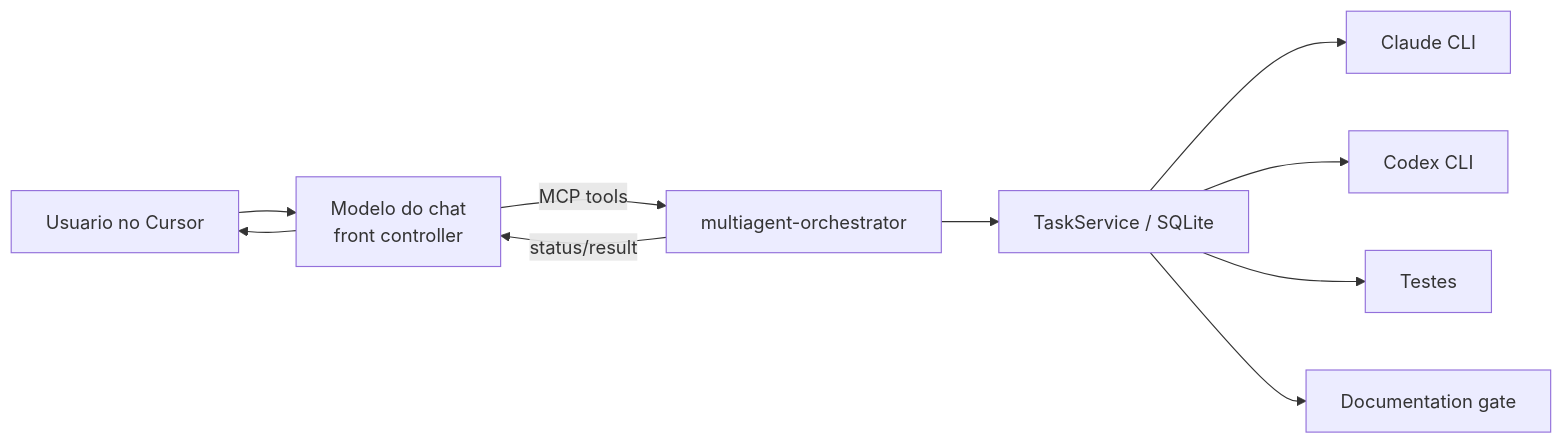
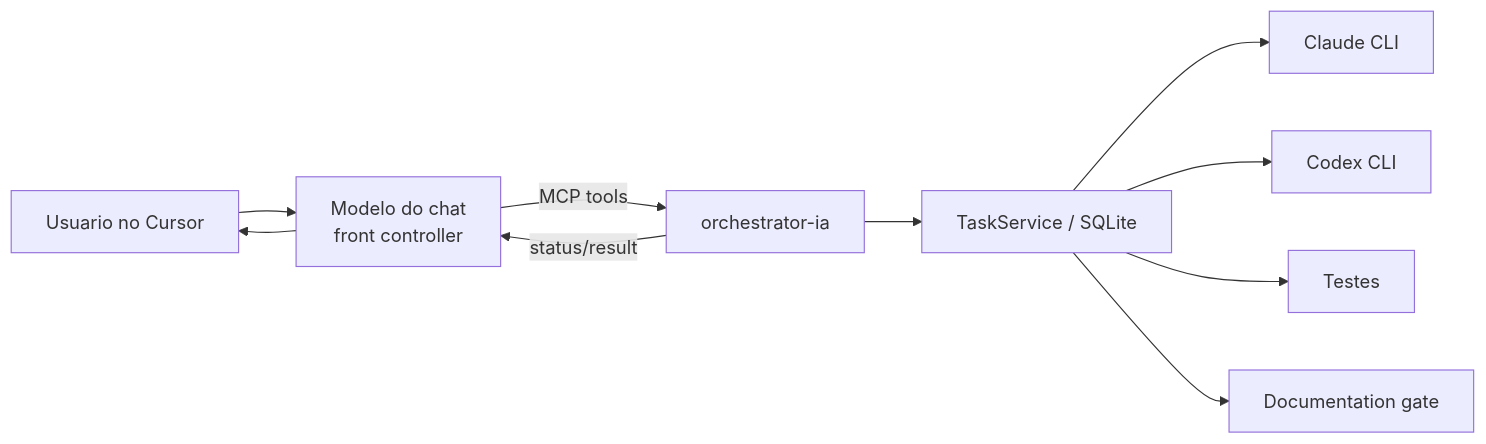
The diagram in docs/mcp-integration.md (henrique-starfusion/orchestrator-ia), drawn with Mermaid before and after one commit. The commit also changed other lines of this file and 44 other files, not shown here.

````diff
--- a/docs/mcp-integration.md
+++ b/docs/mcp-integration.md
@@ -7,12 +7,12 @@
 ```mermaid
 flowchart LR
   User[Usuario no Cursor] --> Front[Modelo do chat\nfront controller]
-  Front -->|MCP tools| MCP[multiagent-orchestrator]
+  Front -->|MCP tools| MCP[orchestrator-ia]
   MCP --> Runtime[TaskService / SQLite]
   Runtime --> Claude[Claude CLI]
   Runtime --> Codex[Codex CLI]
   Runtime --> Tests[Testes]
   Runtime --> Docs[Documentation gate]
   MCP -->|status/result| Front
   Front --> User
 ```
````
